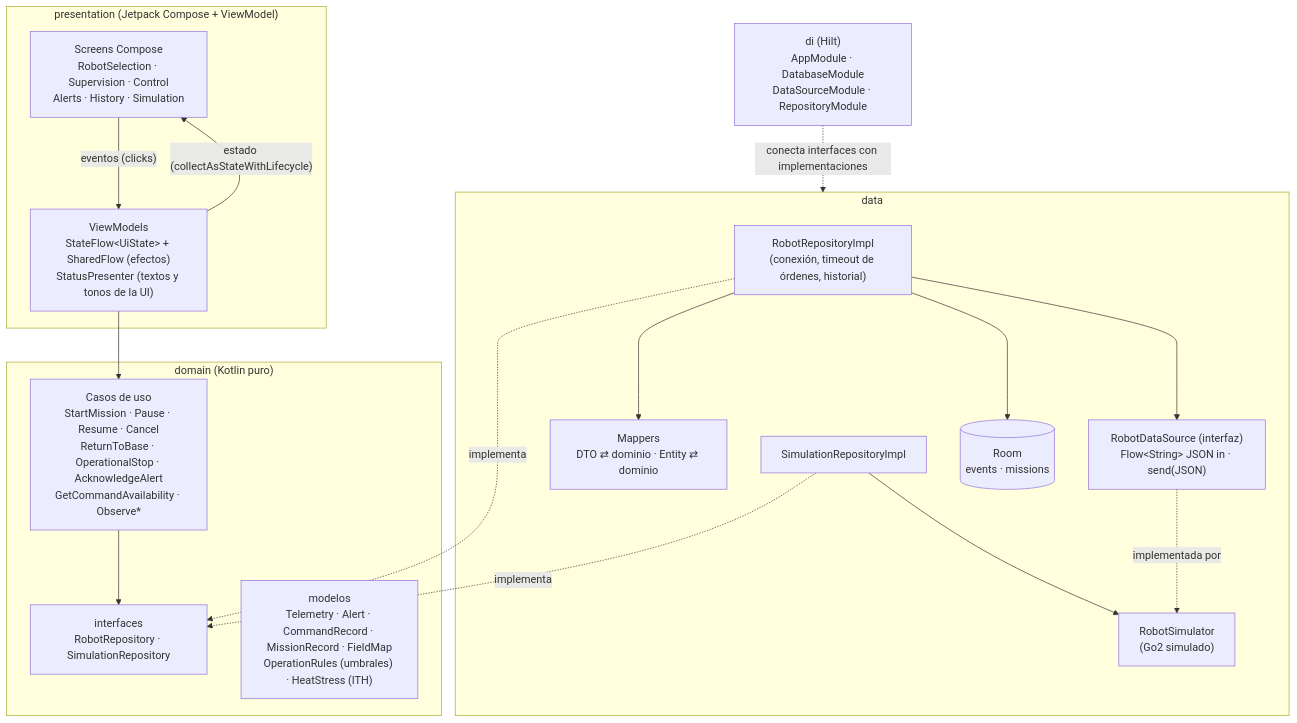
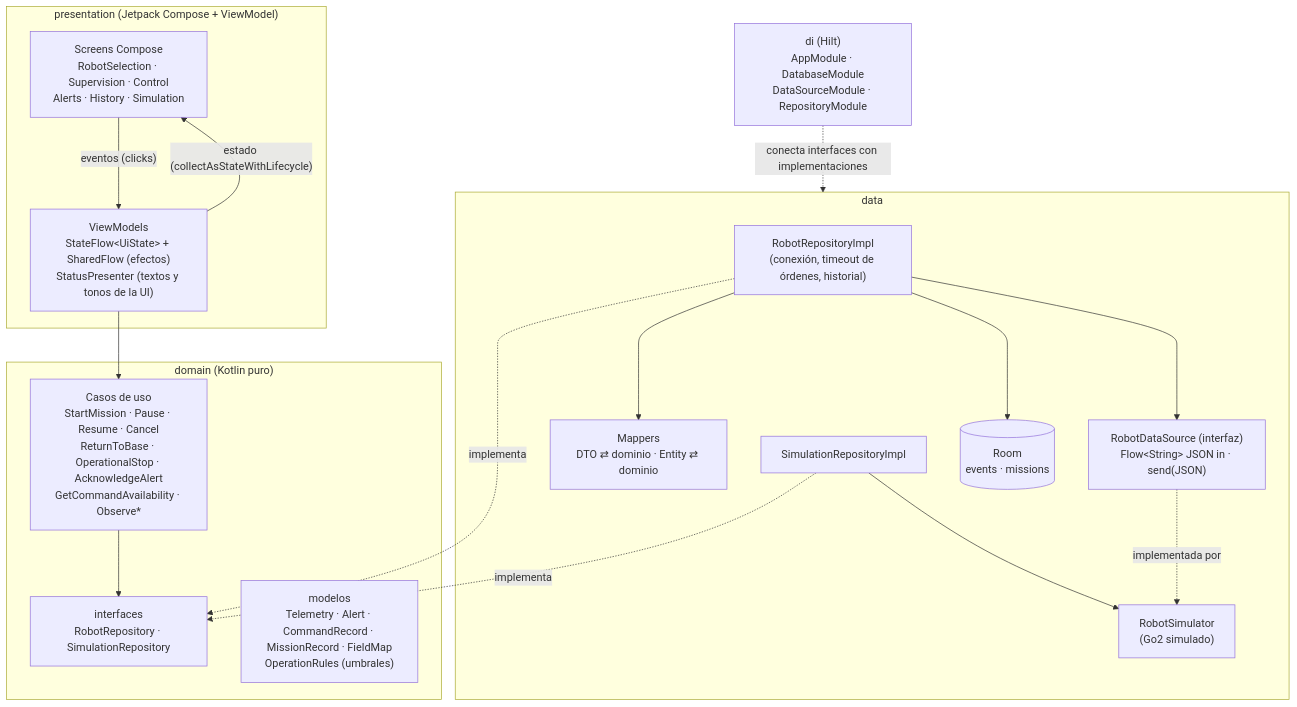
One commit to JuanCBSerra/tp-robot changed the first of 2 diagrams in docs/arquitectura.md. Above: the diagram before and after it, drawn with Mermaid. The commit also changed other lines of this file and 28 other files, not shown here.

````diff
--- a/docs/arquitectura.md
+++ b/docs/arquitectura.md
@@ -6,36 +6,36 @@
 ```mermaid
 flowchart TB
     subgraph presentation["presentation (Jetpack Compose + ViewModel)"]
         UI["Screens Compose<br/>RobotSelection · Supervision · Control<br/>Alerts · History · Simulation"]
         VM["ViewModels<br/>StateFlow&lt;UiState&gt; + SharedFlow (efectos)<br/>StatusPresenter (textos y tonos de la UI)"]
         UI -- "eventos (clicks)" --> VM
         VM -- "estado (collectAsStateWithLifecycle)" --> UI
     end
 
     subgraph domain["domain (Kotlin puro)"]
         UC["Casos de uso<br/>StartMission · Pause · Resume · Cancel<br/>ReturnToBase · OperationalStop · AcknowledgeAlert<br/>GetCommandAvailability · Observe*"]
         REPO_I["interfaces<br/>RobotRepository · SimulationRepository"]
-        MODEL["modelos<br/>Telemetry · Alert · CommandRecord · MissionRecord · FieldMap<br/>OperationRules (umbrales) · HeatStress (ITH)"]
+        MODEL["modelos<br/>Telemetry · Alert · CommandRecord · MissionRecord · FieldMap<br/>OperationRules (umbrales)"]
         UC --> REPO_I
     end
 
     subgraph data["data"]
         REPO["RobotRepositoryImpl<br/>(conexión, timeout de órdenes, historial)"]
         SIMREPO["SimulationRepositoryImpl"]
         MAP["Mappers<br/>DTO ⇄ dominio · Entity ⇄ dominio"]
         DS["RobotDataSource (interfaz)<br/>Flow&lt;String&gt; JSON in · send(JSON)"]
         SIM["RobotSimulator<br/>(Go2 simulado)"]
         ROOM[("Room<br/>events · missions")]
         REPO --> MAP
         REPO --> DS
         REPO --> ROOM
         SIMREPO --> SIM
         DS -. "implementada por" .-> SIM
     end
 
     VM --> UC
     REPO -. "implementa" .-> REPO_I
     SIMREPO -. "implementa" .-> REPO_I
 
     DI["di (Hilt)<br/>AppModule · DatabaseModule<br/>DataSourceModule · RepositoryModule"] -. "conecta interfaces con implementaciones" .-> data
 ```
````
